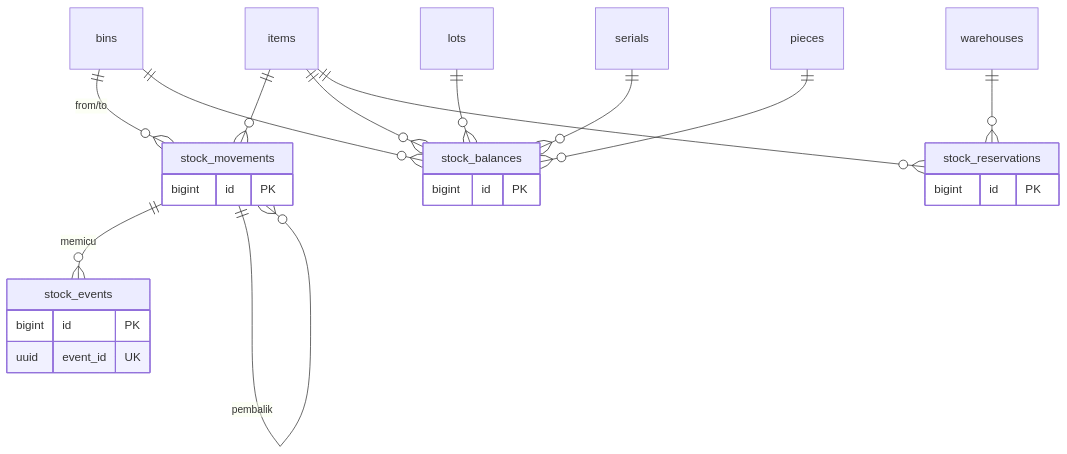
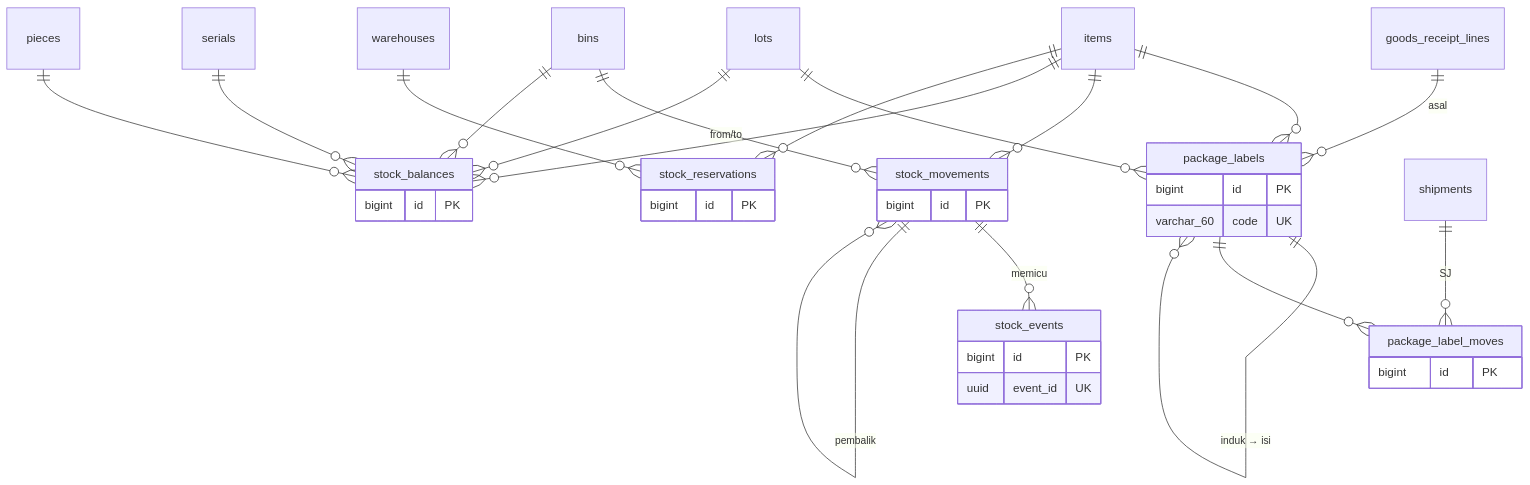
The first of 3 diagrams in docs/wms/08b-model-data-stok-dokumen.md (HengkyDarmawan/wms), drawn with Mermaid before and after one commit. The commit also changed other lines of this file and 53 other files, not shown here.

First line of the commit message:
Dokumen: asumsi A-287–A-310, katalog, aturan, glosarium, ERD, spesifikasi, changelog v0.72–v0.75

````diff
--- a/docs/wms/08b-model-data-stok-dokumen.md
+++ b/docs/wms/08b-model-data-stok-dokumen.md
@@ -28,27 +28,40 @@
 ```mermaid
 erDiagram
   stock_movements {
     bigint id PK
   }
   stock_balances {
     bigint id PK
   }
   stock_reservations {
     bigint id PK
   }
   stock_events {
     bigint id PK
     uuid event_id UK
   }
+  package_labels {
+    bigint id PK
+    varchar_60 code UK
+  }
+  package_label_moves {
+    bigint id PK
+  }
+  items ||--o{ package_labels : " "
+  package_labels ||--o{ package_labels : "induk → isi"
+  goods_receipt_lines ||--o{ package_labels : "asal"
+  lots ||--o{ package_labels : " "
+  package_labels ||--o{ package_label_moves : " "
+  shipments ||--o{ package_label_moves : "SJ"
   items ||--o{ stock_movements : " "
   bins ||--o{ stock_movements : "from/to"
   items ||--o{ stock_balances : " "
   bins ||--o{ stock_balances : " "
   items ||--o{ stock_reservations : " "
   warehouses ||--o{ stock_reservations : " "
   lots ||--o{ stock_balances : " "
   serials ||--o{ stock_balances : " "
   pieces ||--o{ stock_balances : " "
   stock_movements ||--o{ stock_events : "memicu"
   stock_movements ||--o{ stock_movements : "pembalik"
 ```
````
